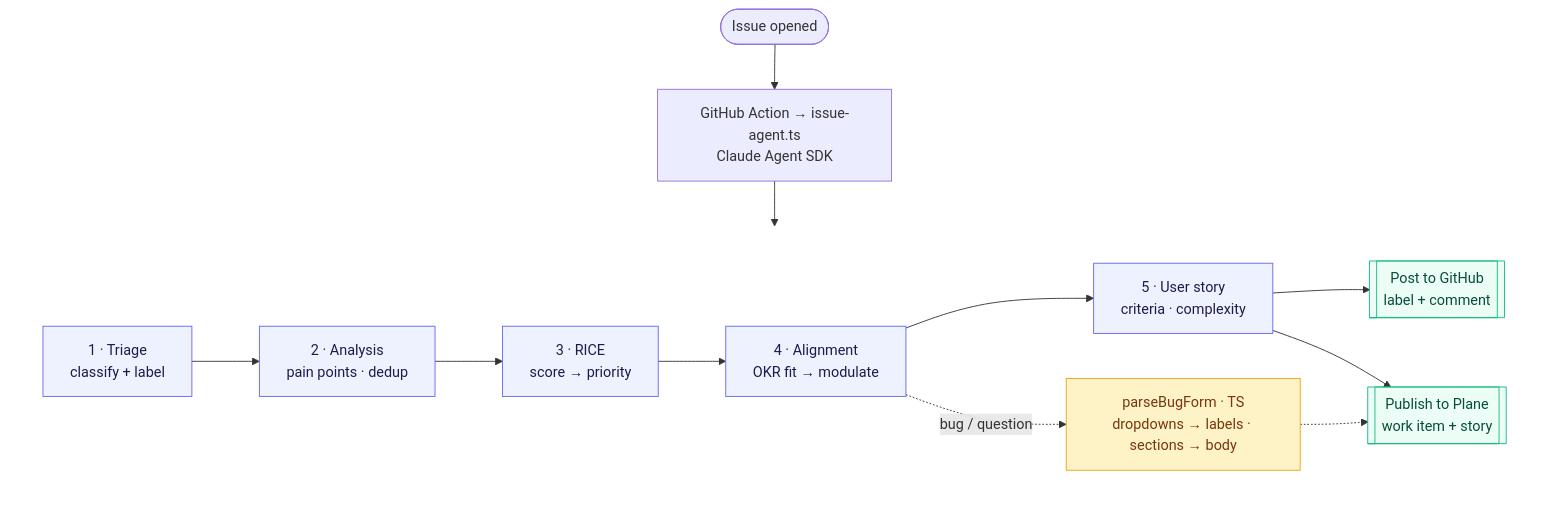
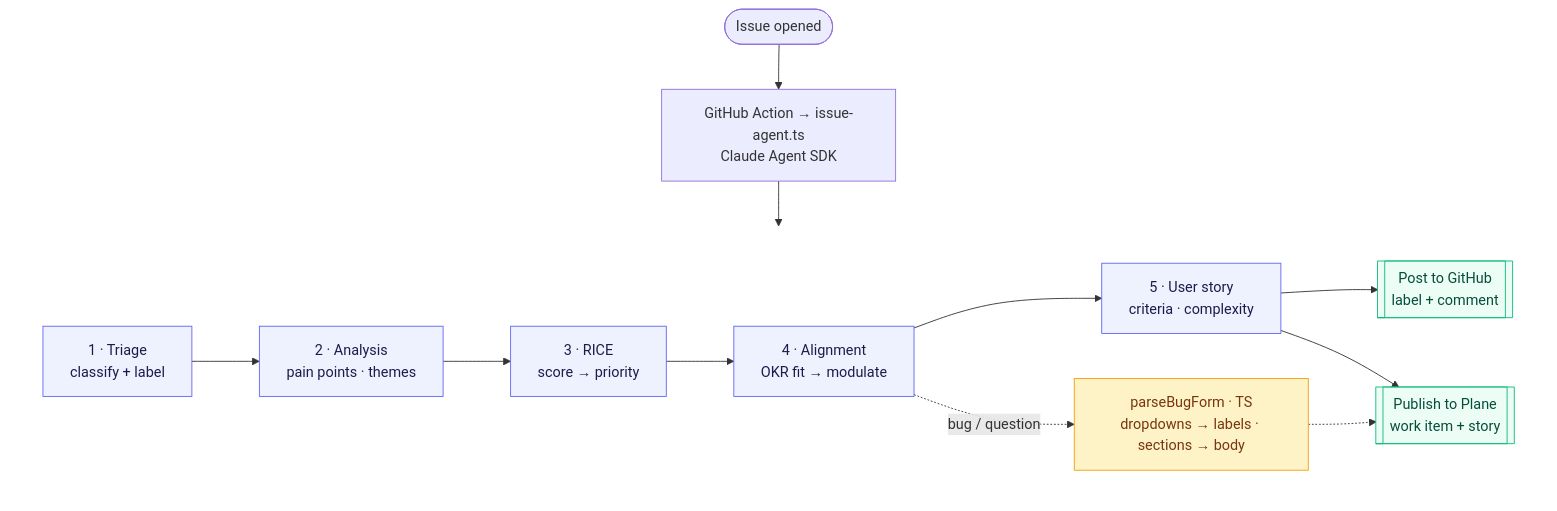
Before and after one commit to IT-ess/plane: the diagram in presentation/po-agent-prez/slides.md, drawn with Mermaid. The commit also changed other lines of this file and 1 other file, not shown here.

Commit message:
fix: remove github dedup

````diff
--- a/presentation/po-agent-prez/slides.md
+++ b/presentation/po-agent-prez/slides.md
@@ -162,24 +162,24 @@
 ```mermaid {theme: 'neutral', scale: 0.55}
 flowchart TB
   A([Issue opened]) --> B[GitHub Action → issue-agent.ts<br/>Claude Agent SDK]
   B --> T
   subgraph pipe [ ]
     direction LR
-    T[1 · Triage \n classify + label] --> AN[2 · Analysis \n pain points · dedup]
+    T[1 · Triage \n classify + label] --> AN[2 · Analysis \n pain points · themes]
     AN --> R[3 · RICE \n score → priority]
     R --> AL[4 · Alignment \n OKR fit → modulate]
     AL --> S[5 · User story \n criteria · complexity]
     S --> O1[[Post to GitHub \n label + comment]]
     S --> O2[[Publish to Plane \n work item + story]]
     AL -. bug / question .-> BF[parseBugForm · TS<br/>dropdowns → labels · sections → body]
     BF -.-> O2
   end
 
   classDef step fill:#eef2ff,stroke:#6366f1,color:#1e1b4b;
   classDef out fill:#ecfdf5,stroke:#10b981,color:#064e3b;
   classDef guard fill:#fef3c7,stroke:#f59e0b,color:#78350f;
   class T,AN,R,AL,S step;
   class O1,O2 out;
   class BF guard;
   style pipe fill:none,stroke:none;
 ```
````
